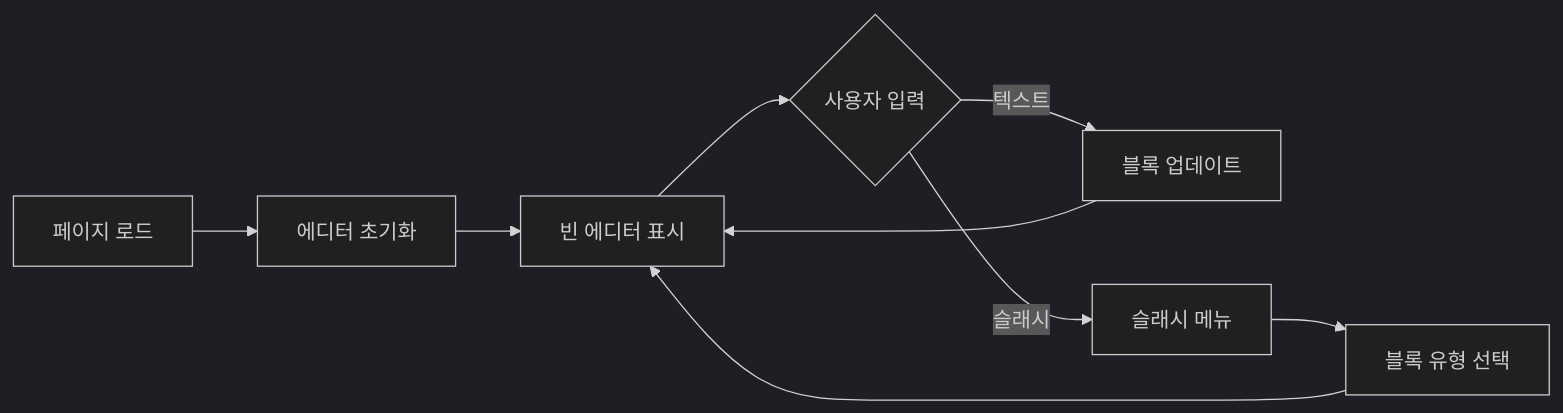
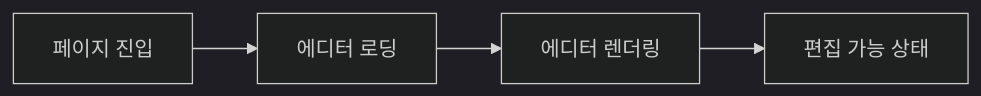
The second of 2 diagrams in .orchay/projects/notion-like/tasks/TSK-01-01/010-design.md (jongik-sv/orchay), drawn with Mermaid (dark theme) before and after one commit. The commit also changed other lines of this file and 4 other files, not shown here.

````diff
--- a/.orchay/projects/notion-like/tasks/TSK-01-01/010-design.md
+++ b/.orchay/projects/notion-like/tasks/TSK-01-01/010-design.md
@@ -223,11 +193,6 @@
 ```mermaid
 flowchart LR
-    A[페이지 로드] --> B[에디터 초기화]
-    B --> C[빈 에디터 표시]
-    C --> D{사용자 입력}
-    D -->|텍스트| E[블록 업데이트]
-    D -->|슬래시| F[슬래시 메뉴]
-    F --> G[블록 유형 선택]
-    G --> C
-    E --> C
+    A[페이지 진입] --> B[에디터 로딩]
+    B --> C[에디터 렌더링]
+    C --> D[편집 가능 상태]
 ```
````
